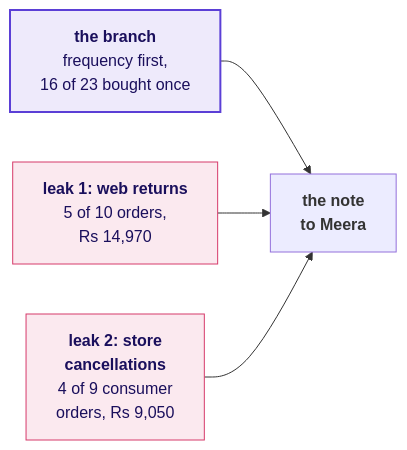
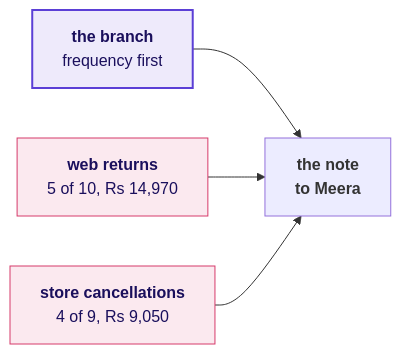
The ninth of 10 diagrams in content/W01/D1/slides/C2_W01_D01_half2_STUDENT.md (fde-academy-lab/c2-content-factory), drawn with Mermaid before and after one commit. The commit also changed other lines of this file and 10 other files, not shown here.

````diff
--- a/content/W01/D1/slides/C2_W01_D01_half2_STUDENT.md
+++ b/content/W01/D1/slides/C2_W01_D01_half2_STUDENT.md
@@ -394,10 +592,10 @@
 ```mermaid
 flowchart LR
-    B["<b>the branch</b><br/>frequency first,<br/>16 of 23 bought once"] --> N["<b>the note<br/>to Meera</b>"]
-    W["<b>leak 1: web returns</b><br/>5 of 10 orders,<br/>Rs 14,970"] --> N
-    S["<b>leak 2: store<br/>cancellations</b><br/>4 of 9 consumer<br/>orders, Rs 9,050"] --> N
+    B["<b>the branch</b><br/>frequency first"] --> N["<b>the note<br/>to Meera</b>"]
+    W["<b>web returns</b><br/>5 of 10, Rs 14,970"] --> N
+    S["<b>store cancellations</b><br/>4 of 9, Rs 9,050"] --> N
     classDef known fill:#EEEAFB,stroke:#5B3FD6,color:#1A0F5C,stroke-width:2px
     classDef bad fill:#FBE9EF,stroke:#D63A6A,color:#1A0F5C
     class B known
     class W,S bad
 ```
````
